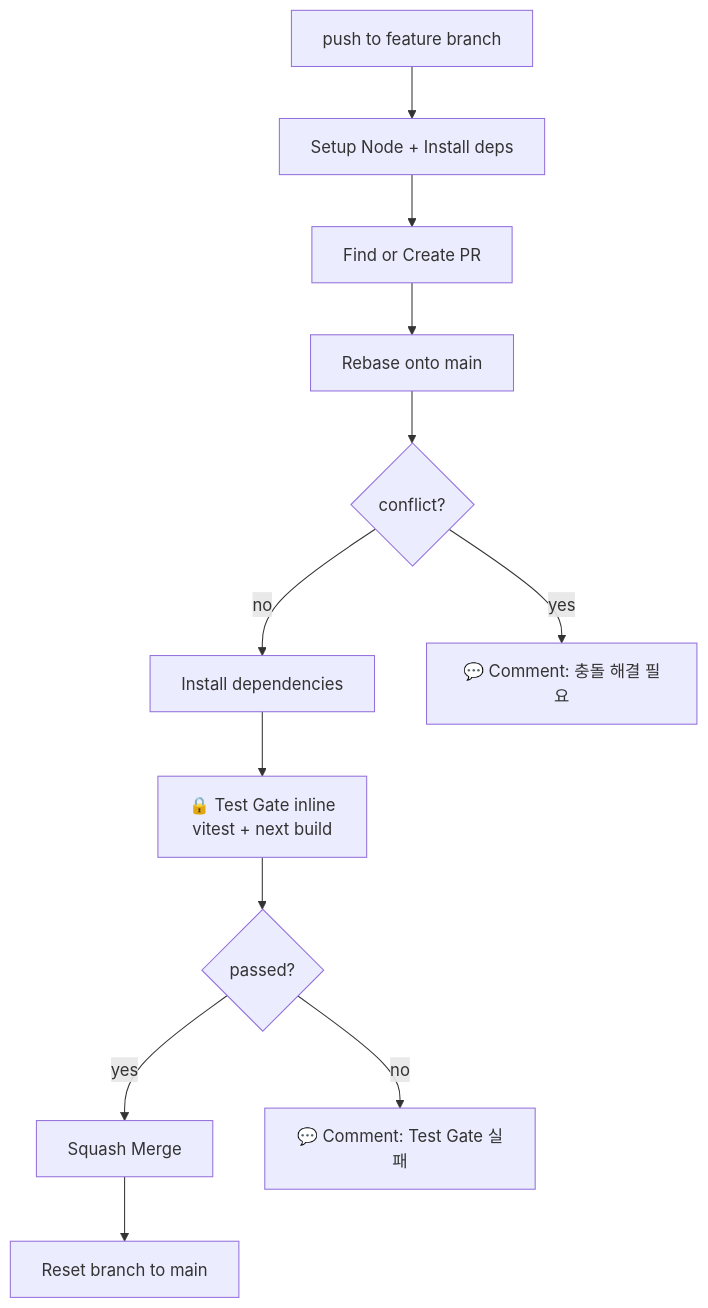
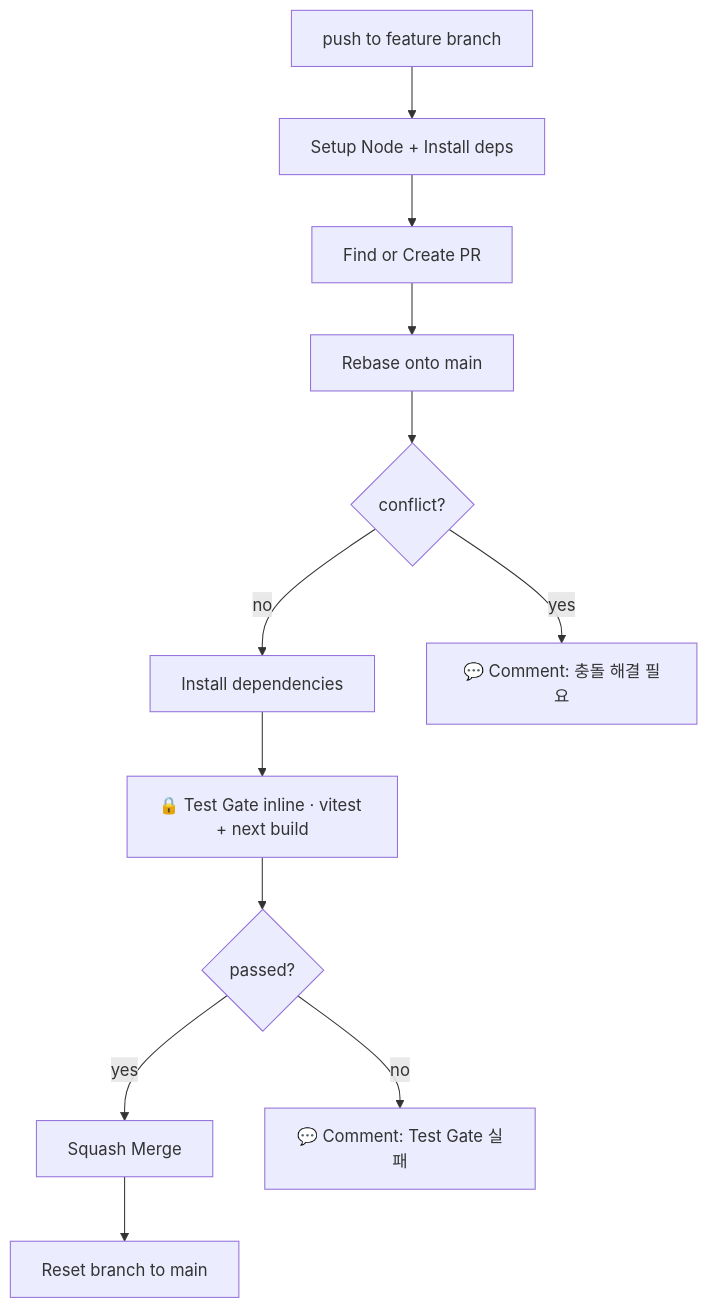
The diagram in content/harness-engineering/harness-journal-002-inline-test-gate.mdx (Mino777/ai-study), drawn with Mermaid before and after one commit. The commit also changed 16 other files, not shown here.

First line of the commit message:
fix: Mermaid <br/> 렌더링 에러 근본 해결 — auto-fix 승격 + 전체 MDX 일괄 치환

````diff
--- a/content/harness-engineering/harness-journal-002-inline-test-gate.mdx
+++ b/content/harness-engineering/harness-journal-002-inline-test-gate.mdx
@@ -169,21 +169,21 @@
 ```mermaid
 flowchart TD
   push["push to feature branch"]
   setup["Setup Node + Install deps"]
   pr["Find or Create PR"]
   rebase["Rebase onto main"]
   conflict{conflict?}
   install["Install dependencies"]
-  gate["🔒 Test Gate inline<br/>vitest + next build"]
+  gate["🔒 Test Gate inline · vitest + next build"]
   pass{passed?}
   squash["Squash Merge"]
   reset["Reset branch to main"]
   comment_c["💬 Comment: 충돌 해결 필요"]
   comment_f["💬 Comment: Test Gate 실패"]
 
   push --> setup --> pr --> rebase --> conflict
   conflict -- yes --> comment_c
   conflict -- no --> install --> gate --> pass
   pass -- no --> comment_f
   pass -- yes --> squash --> reset
 ```
````
